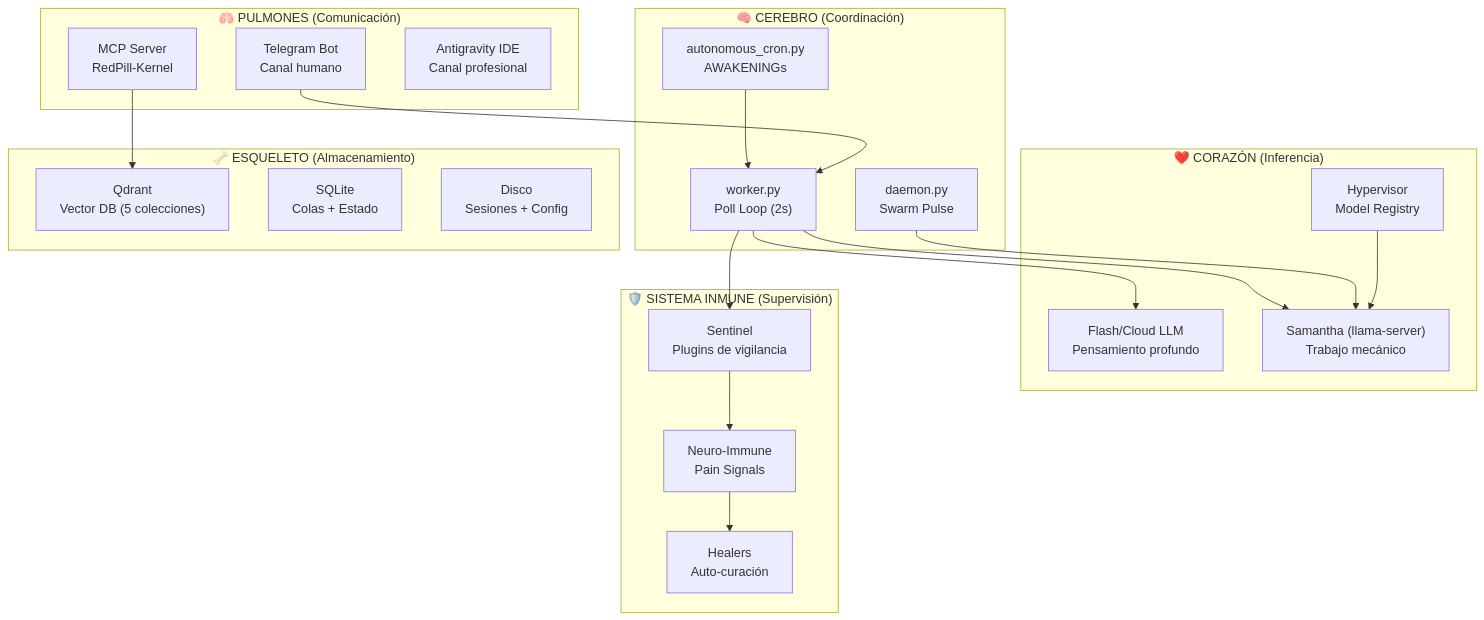
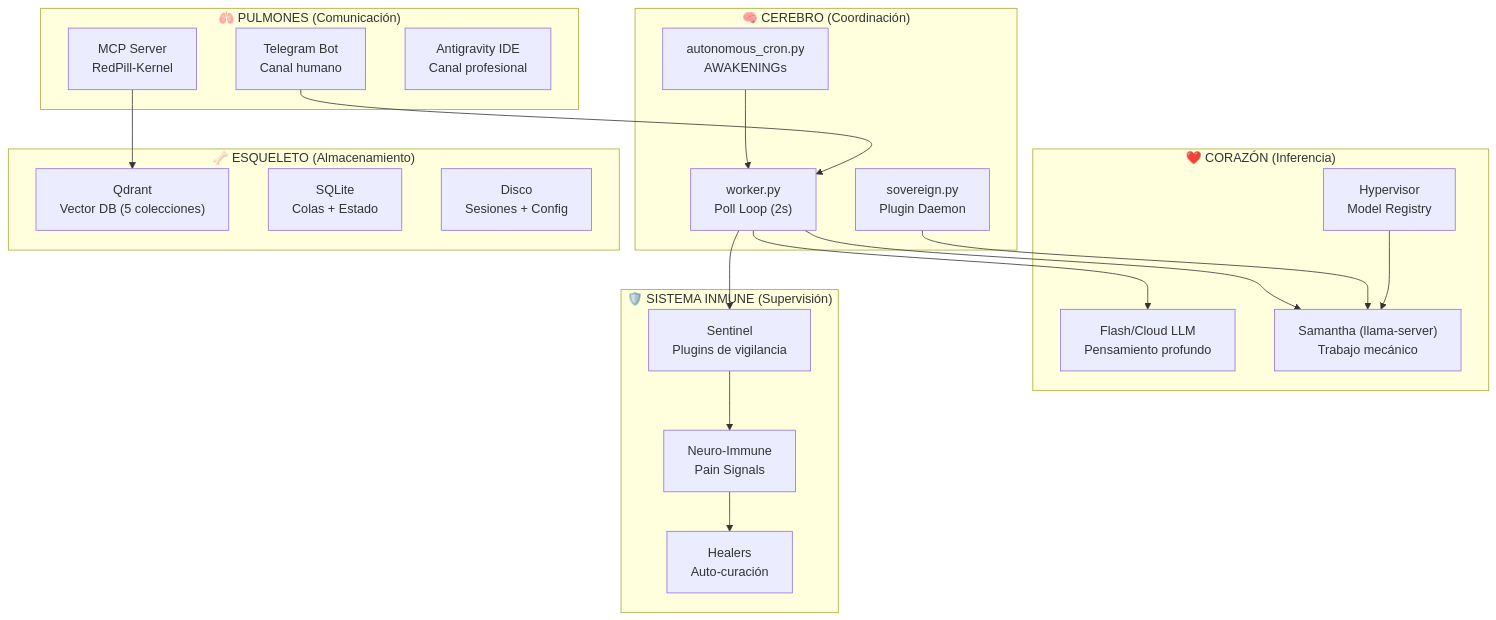
One commit to joanfgarcia/antigravity-red-pill changed the sixth of 10 diagrams in docs/TECHNICAL/WAR_ECONOMY.md. Above: the diagram before and after it, drawn with Mermaid. The commit also changed other lines of this file and 4 other files, not shown here.

First line of the commit message:
docs: update architecture for Sovereign Daemon consolidation

````diff
--- a/docs/TECHNICAL/WAR_ECONOMY.md
+++ b/docs/TECHNICAL/WAR_ECONOMY.md
@@ -532,43 +561,43 @@
 ```mermaid
 graph TB
     subgraph "🧠 CEREBRO (Coordinación)"
         WORKER["worker.py<br/>Poll Loop (2s)"]
-        DAEMON["daemon.py<br/>Swarm Pulse"]
+        SOVEREIGN["sovereign.py<br/>Plugin Daemon"]
         CRON["autonomous_cron.py<br/>AWAKENINGs"]
     end
 
     subgraph "❤️ CORAZÓN (Inferencia)"
         FLASH["Flash/Cloud LLM<br/>Pensamiento profundo"]
         SAMANTHA["Samantha (llama-server)<br/>Trabajo mecánico"]
         HYPERVISOR["Hypervisor<br/>Model Registry"]
     end
 
     subgraph "🫁 PULMONES (Comunicación)"
         TELEGRAM["Telegram Bot<br/>Canal humano"]
         MCP["MCP Server<br/>RedPill-Kernel"]
         IDE["Antigravity IDE<br/>Canal profesional"]
     end
 
     subgraph "🦴 ESQUELETO (Almacenamiento)"
         QDRANT["Qdrant<br/>Vector DB (5 colecciones)"]
         SQLITE["SQLite<br/>Colas + Estado"]
         DISK["Disco<br/>Sesiones + Config"]
     end
 
     subgraph "🛡️ SISTEMA INMUNE (Supervisión)"
         SENTINEL["Sentinel<br/>Plugins de vigilancia"]
         HEALER["Healers<br/>Auto-curación"]
         NEURO["Neuro-Immune<br/>Pain Signals"]
     end
 
     WORKER --> FLASH
     WORKER --> SAMANTHA
     WORKER --> SENTINEL
     CRON --> WORKER
-    DAEMON --> SAMANTHA
+    SOVEREIGN --> SAMANTHA
     TELEGRAM --> WORKER
     MCP --> QDRANT
     SENTINEL --> NEURO
     NEURO --> HEALER
     HYPERVISOR --> SAMANTHA
 ```
````
